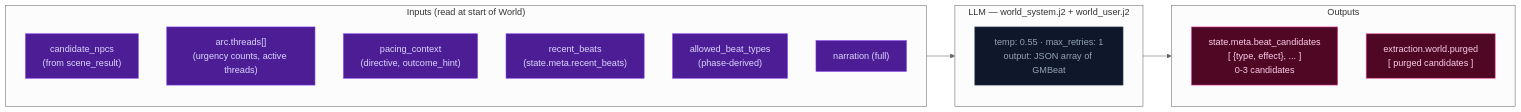
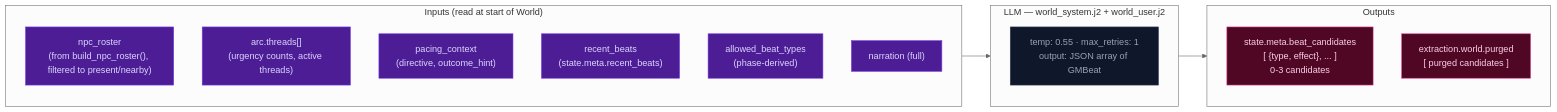
One commit to pww217/fablethread changed the diagram in docs/architecture/step2d-world.md. Above: the diagram before and after it, drawn with Mermaid (neutral theme). The commit also changed other lines of this file and 16 other files, not shown here.

````diff
--- a/docs/architecture/step2d-world.md
+++ b/docs/architecture/step2d-world.md
@@ -13,26 +13,26 @@
 ```mermaid
 flowchart LR
     classDef llmNode fill:#0f172a,color:#94a3b8,stroke:#334155
     classDef xstream fill:#4c1d95,color:#ddd6fe,stroke:#7c3aed
     classDef outNode fill:#500724,color:#fbcfe8,stroke:#ec4899
 
     subgraph IN["Inputs (read at start of World)"]
-        S1["candidate_npcs<br>(from scene_result)"]:::xstream
+        S1["npc_roster<br>(from build_npc_roster(), filtered to present/nearby)"]:::xstream
         S2["arc.threads[]<br>(urgency counts, active threads)"]:::xstream
         S3["pacing_context<br>(directive, outcome_hint)"]:::xstream
         S4["recent_beats<br>(state.meta.recent_beats)"]:::xstream
         S5["allowed_beat_types<br>(phase-derived)"]:::xstream
         S6["narration (full)"]:::xstream
     end
 
     subgraph LLM["LLM — world_system.j2 + world_user.j2"]
         WL["temp: 0.55 · max_retries: 1<br>output: JSON array of GMBeat"]:::llmNode
     end
 
     subgraph OUT["Outputs"]
         O1["state.meta.beat_candidates<br>[ {type, effect}, ... ]<br>0-3 candidates"]:::outNode
         O2["extraction.world.purged<br>[ purged candidates ]"]:::outNode
     end
 
     IN --> LLM --> OUT
 ```
````
